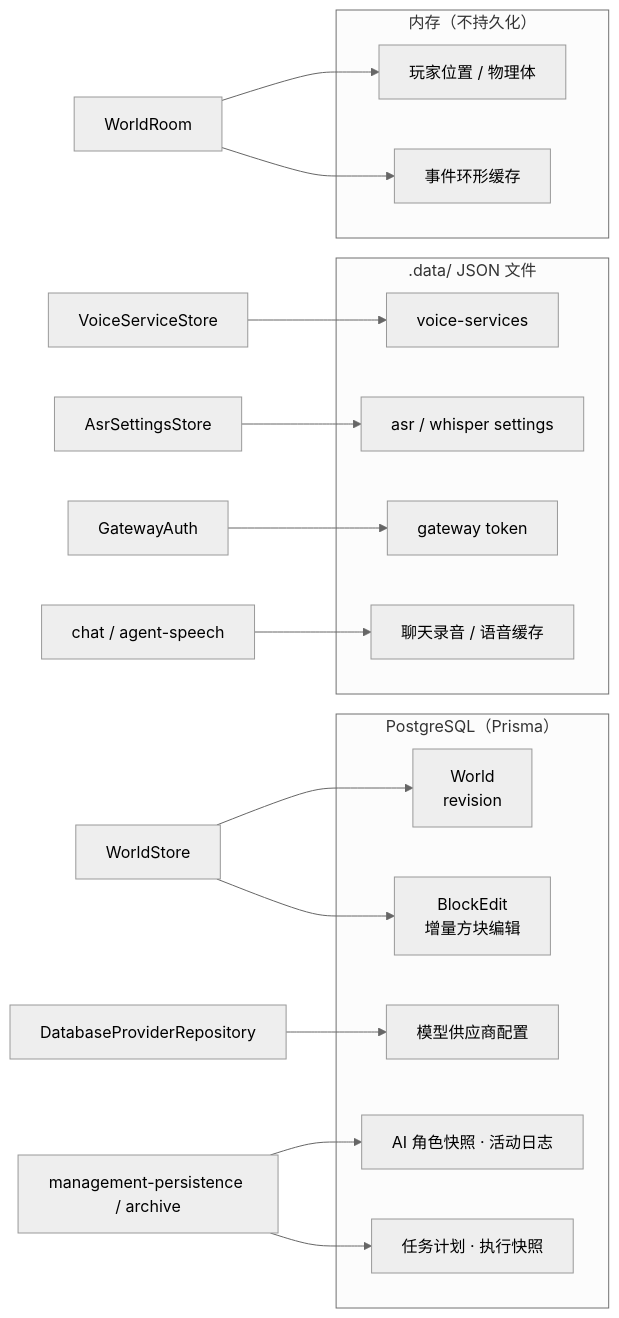
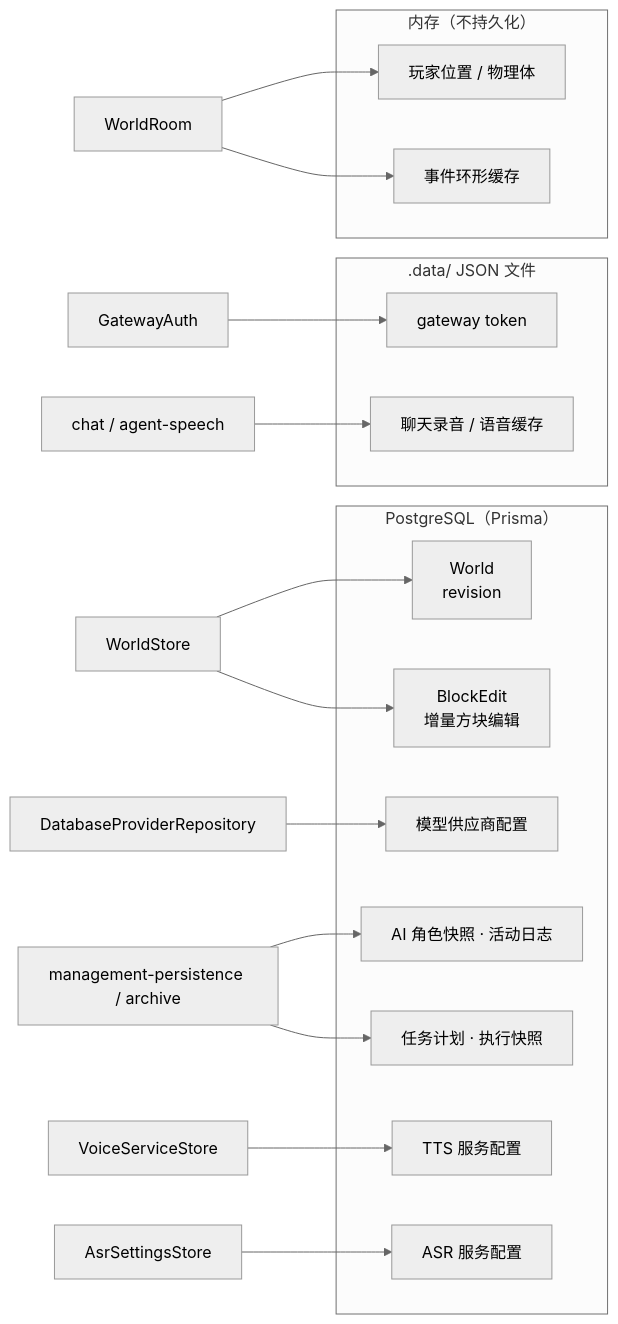
Diagram 14 of 14 in docs/guide/architecture-diagrams.md (lulabs-org/embocraft), drawn with Mermaid (neutral theme) before and after one commit. The commit also changed other lines of this file and 13 other files, not shown here.

Commit message:
feat(server): persist TTS and ASR services in PostgreSQL

````diff
--- a/docs/guide/architecture-diagrams.md
+++ b/docs/guide/architecture-diagrams.md
@@ -452,34 +452,34 @@
 ```mermaid
 graph LR
     subgraph PG["PostgreSQL（Prisma）"]
         WorldT["World<br/>revision"]
         EditT["BlockEdit<br/>增量方块编辑"]
         Prov["模型供应商配置"]
         Chars["AI 角色快照 · 活动日志"]
         TaskF["任务计划 · 执行快照"]
+        VoiceF["TTS 服务配置"]
+        ASRF["ASR 服务配置"]
     end
 
     subgraph Files[".data/ JSON 文件"]
-        VoiceF["voice-services"]
-        ASRF["asr / whisper settings"]
         Token["gateway token"]
         Rec["聊天录音 / 语音缓存"]
     end
 
     subgraph Memory["内存（不持久化）"]
         Players["玩家位置 / 物理体"]
         EvBuf["事件环形缓存"]
     end
 
     WorldStoreN["WorldStore"] --> WorldT
     WorldStoreN --> EditT
     DatabaseProviderRepoN["DatabaseProviderRepository"] --> Prov
     VSN["VoiceServiceStore"] --> VoiceF
     ASN["AsrSettingsStore"] --> ASRF
     GAN["GatewayAuth"] --> Token
     MP["management-persistence / archive"] --> Chars
     MP --> TaskF
     ChatN["chat / agent-speech"] --> Rec
     RoomN["WorldRoom"] --> Players
     RoomN --> EvBuf
 ```
````
